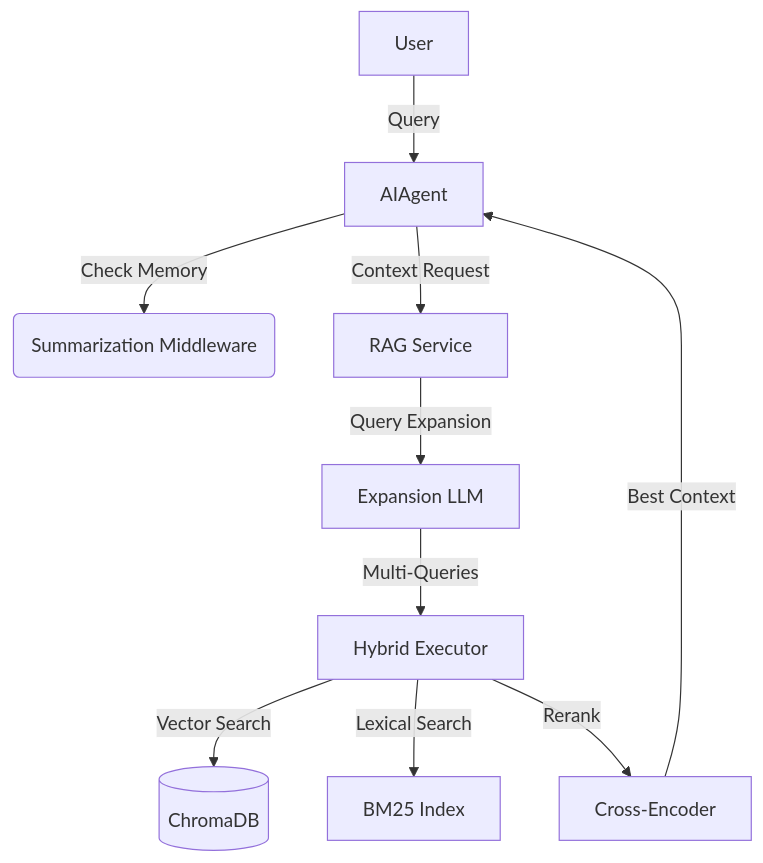
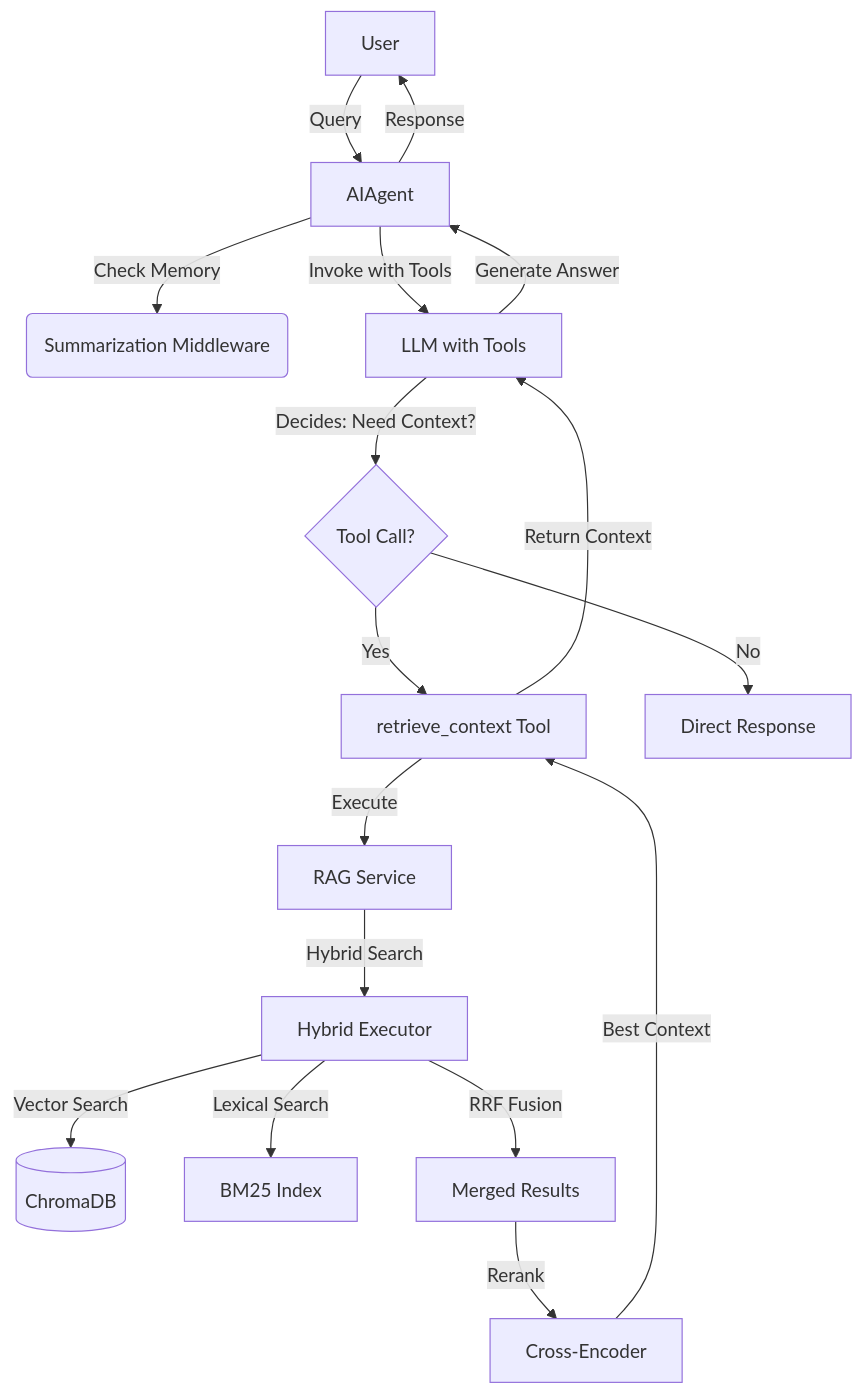
One commit to frbelotto/PokeConsultor changed the diagram in README.md. Above: the diagram before and after it, drawn with Mermaid. The commit also changed other lines of this file and 4 other files, not shown here.

````diff
--- a/README.md
+++ b/README.md
@@ -51,12 +53,19 @@
 ```mermaid
 graph TD
     A[User] -->|Query| B[AIAgent]
     B -->|Check Memory| C(Summarization Middleware)
-    B -->|Context Request| D[RAG Service]
-    D -->|Query Expansion| E[Expansion LLM]
-    E -->|Multi-Queries| F[Hybrid Executor]
-    F -->|Vector Search| G[(ChromaDB)]
-    F -->|Lexical Search| H[BM25 Index]
-    F -->|Rerank| I[Cross-Encoder]
-    I -->|Best Context| B
+    B -->|Invoke with Tools| D[LLM with Tools]
+    D -->|Decides: Need Context?| E{Tool Call?}
+    E -->|Yes| F[retrieve_context Tool]
+    E -->|No| G[Direct Response]
+    F -->|Execute| H[RAG Service]
+    H -->|Hybrid Search| I[Hybrid Executor]
+    I -->|Vector Search| J[(ChromaDB)]
+    I -->|Lexical Search| K[BM25 Index]
+    I -->|RRF Fusion| L[Merged Results]
+    L -->|Rerank| M[Cross-Encoder]
+    M -->|Best Context| F
+    F -->|Return Context| D
+    D -->|Generate Answer| B
+    B -->|Response| A
 ```
````
